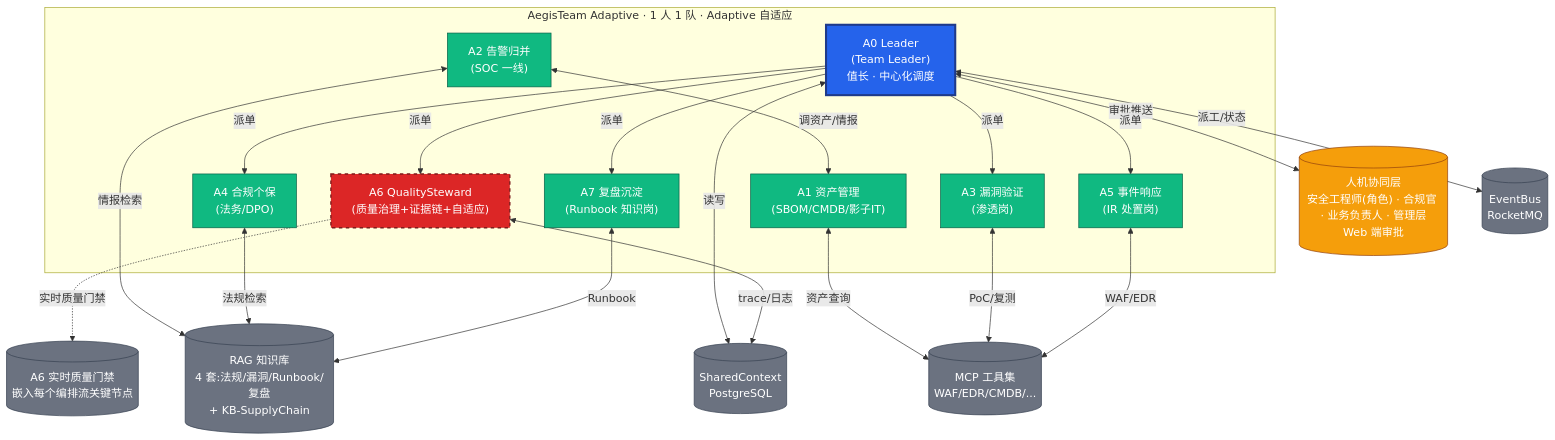
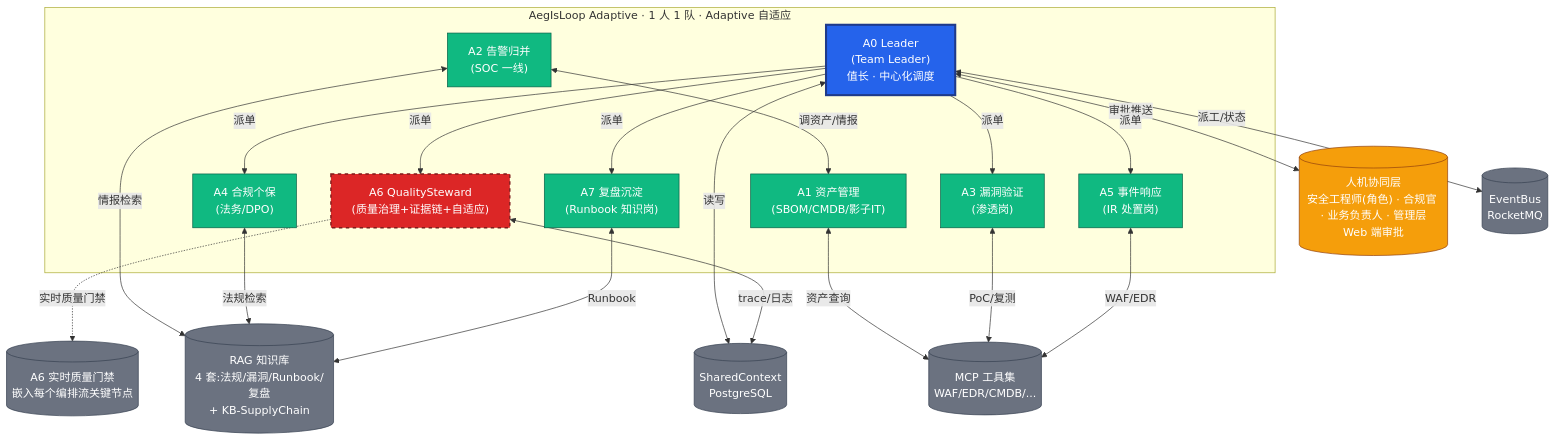
The diagram in docs/02-orchestration.md (axiaoxun/aegisteam-adaptive), drawn with Mermaid before and after one commit. The commit also changed other lines of this file and 29 other files, not shown here.

First line of the commit message:
feat: rename to AegIsLoop Adaptive + redesign web frontend

````diff
--- a/docs/02-orchestration.md
+++ b/docs/02-orchestration.md
@@ -240,55 +240,55 @@
 ```mermaid
 graph TB
-    subgraph SOC["AegisTeam Adaptive · 1 人 1 队 · Adaptive 自适应"]
+    subgraph SOC["AegIsLoop Adaptive · 1 人 1 队 · Adaptive 自适应"]
         A0["A0 Leader<br/>(Team Leader)<br/>值长 · 中心化调度"]
         A1["A1 资产管理<br/>(SBOM/CMDB/影子IT)"]
         A2["A2 告警归并<br/>(SOC 一线)"]
         A3["A3 漏洞验证<br/>(渗透岗)"]
         A4["A4 合规个保<br/>(法务/DPO)"]
         A5["A5 事件响应<br/>(IR 处置岗)"]
         A6["A6 QualitySteward<br/>(质量治理+证据链+自适应)"]
         A7["A7 复盘沉淀<br/>(Runbook 知识岗)"]
     end
 
     H[("人机协同层<br/>安全工程师(角色) · 合规官 · 业务负责人 · 管理层<br/>Web 端审批")]
     EB[("EventBus<br/>RocketMQ")]
     SC[("SharedContext<br/>PostgreSQL")]
     RAG[("RAG 知识库<br/>4 套:法规/漏洞/Runbook/复盘<br/>+ KB-SupplyChain")]
     MCP[("MCP 工具集<br/>WAF/EDR/CMDB/...")]
     QS[("A6 实时质量门禁<br/>嵌入每个编排流关键节点")]
 
     A0 <-->|派工/状态| EB
     A0 <-->|读写| SC
     A0 <-->|审批推送| H
 
     A2 <-->|调资产/情报| A1
     A1 <-->|资产查询| MCP
     A2 <-->|情报检索| RAG
 
     A0 -->|派单| A3
     A3 <-->|PoC/复测| MCP
 
     A0 -->|派单| A4
     A4 <-->|法规检索| RAG
 
     A0 -->|派单| A5
     A5 <-->|WAF/EDR| MCP
 
     A0 -->|派单| A6
     A6 <-->|trace/日志| SC
     A6 -.->|实时质量门禁| QS
 
     A0 -->|派单| A7
     A7 <-->|Runbook| RAG
 
     classDef center fill:#2563eb,color:#fff,stroke:#1e3a8a,stroke-width:3px
     classDef agent fill:#10b981,color:#fff,stroke:#065f46
     classDef human fill:#f59e0b,color:#fff,stroke:#92400e
     classDef infra fill:#6b7280,color:#fff,stroke:#374151
     classDef quality fill:#dc2626,color:#fff,stroke:#7f1d1d,stroke-width:2px,stroke-dasharray:5 5
     class A0 center
     class A1,A2,A3,A4,A5,A7 agent
     class A6 quality
     class H human
     class EB,SC,RAG,MCP,QS infra
 ```
````
